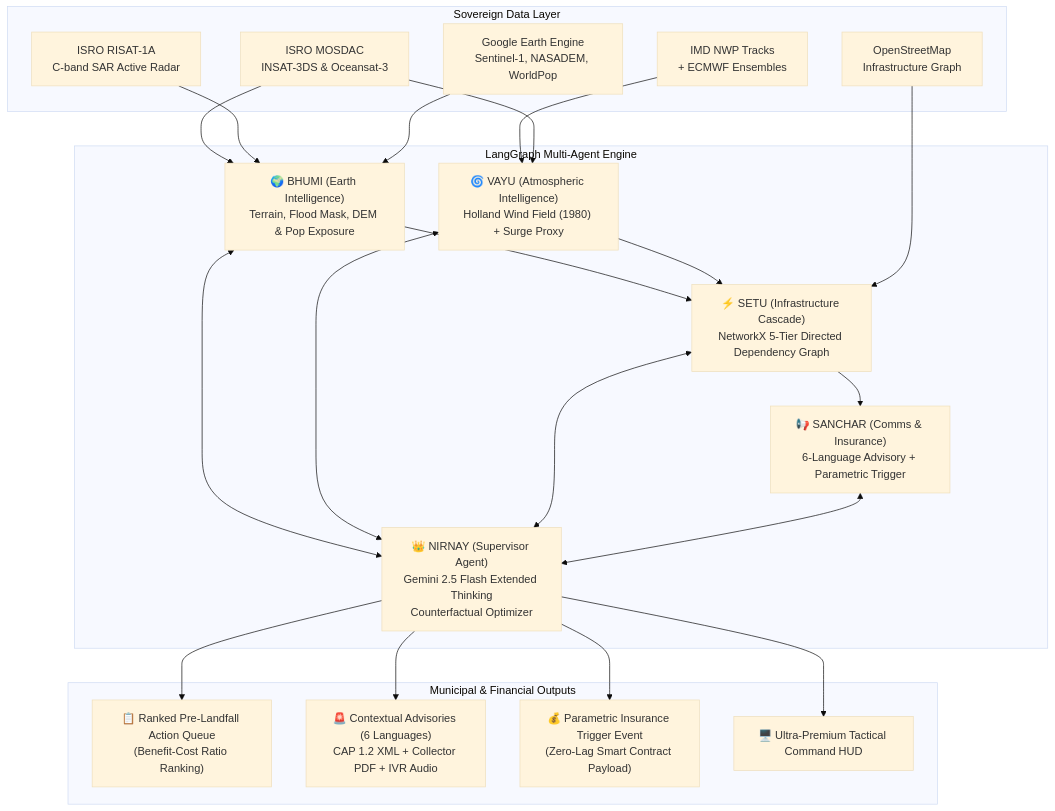
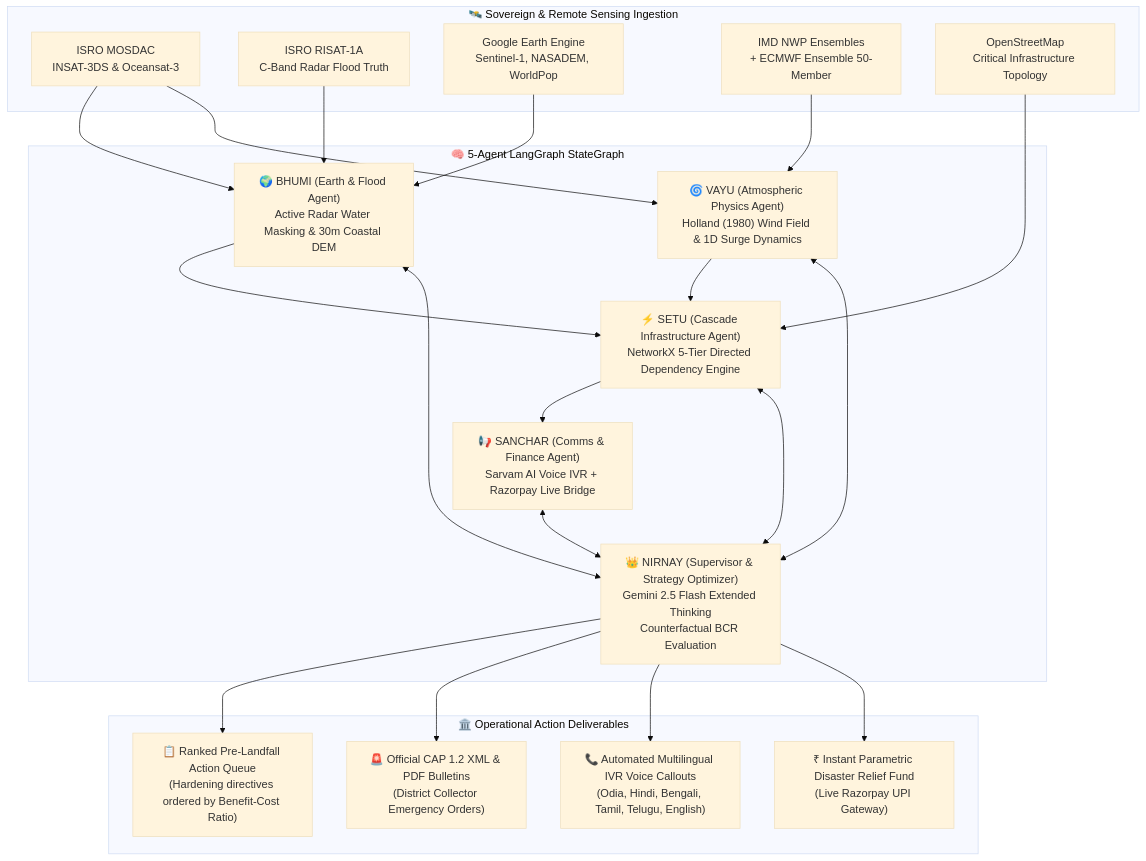
The diagram in README.md (Niss54/VAYU-RAKSHA), drawn with Mermaid (base theme) before and after one commit. The commit also changed other lines of this file and 1 other file, not shown here.

````diff
--- a/README.md
+++ b/README.md
@@ -58,32 +120,32 @@
 ```mermaid
 flowchart TD
-    subgraph Sovereign Data Layer
+    subgraph Sovereign_Data [🛰️ Sovereign & Remote Sensing Ingestion]
         ISRO[ISRO MOSDAC<br/>INSAT-3DS & Oceansat-3]
-        RISAT[ISRO RISAT-1A<br/>C-band SAR Active Radar]
+        SAR[ISRO RISAT-1A<br/>C-Band Radar Flood Truth]
         GEE[Google Earth Engine<br/>Sentinel-1, NASADEM, WorldPop]
-        IMD[IMD NWP Tracks<br/>+ ECMWF Ensembles]
-        OSM[OpenStreetMap<br/>Infrastructure Graph]
+        IMD[IMD NWP Ensembles<br/>+ ECMWF Ensemble 50-Member]
+        OSM[OpenStreetMap<br/>Critical Infrastructure Topology]
     end
 
-    subgraph LangGraph Multi-Agent Engine
-        NIRNAY["👑 NIRNAY (Supervisor Agent)<br/>Gemini 2.5 Flash Extended Thinking<br/>Counterfactual Optimizer"]
-        BHUMI["🌍 BHUMI (Earth Intelligence)<br/>Terrain, Flood Mask, DEM & Pop Exposure"]
-        VAYU["🌀 VAYU (Atmospheric Intelligence)<br/>Holland Wind Field (1980) + Surge Proxy"]
-        SETU["⚡ SETU (Infrastructure Cascade)<br/>NetworkX 5-Tier Directed Dependency Graph"]
-        SANCHAR["📢 SANCHAR (Comms & Insurance)<br/>6-Language Advisory + Parametric Trigger"]
+    subgraph Agent_Brain [🧠 5-Agent LangGraph StateGraph]
+        NIRNAY["👑 NIRNAY (Supervisor & Strategy Optimizer)<br/>Gemini 2.5 Flash Extended Thinking<br/>Counterfactual BCR Evaluation"]
+        BHUMI["🌍 BHUMI (Earth & Flood Agent)<br/>Active Radar Water Masking & 30m Coastal DEM"]
+        VAYU["🌀 VAYU (Atmospheric Physics Agent)<br/>Holland (1980) Wind Field & 1D Surge Dynamics"]
+        SETU["⚡ SETU (Cascade Infrastructure Agent)<br/>NetworkX 5-Tier Directed Dependency Engine"]
+        SANCHAR["📢 SANCHAR (Comms & Finance Agent)<br/>Sarvam AI Voice IVR + Razorpay Live Bridge"]
     end
 
-    subgraph Municipal & Financial Outputs
-        Queue["📋 Ranked Pre-Landfall Action Queue<br/>(Benefit-Cost Ratio Ranking)"]
-        Advisory["🚨 Contextual Advisories (6 Languages)<br/>CAP 1.2 XML + Collector PDF + IVR Audio"]
-        Insurance["💰 Parametric Insurance Trigger Event<br/>(Zero-Lag Smart Contract Payload)"]
-        Dashboard["🖥️ Ultra-Premium Tactical Command HUD"]
+    subgraph Municipal_Outputs [🏛️ Operational Action Deliverables]
+        Queue["📋 Ranked Pre-Landfall Action Queue<br/>(Hardening directives ordered by Benefit-Cost Ratio)"]
+        CAP["🚨 Official CAP 1.2 XML & PDF Bulletins<br/>(District Collector Emergency Orders)"]
+        IVR["📞 Automated Multilingual IVR Voice Callouts<br/>(Odia, Hindi, Bengali, Tamil, Telugu, English)"]
+        Fund["₹ Instant Parametric Disaster Relief Fund<br/>(Live Razorpay UPI Gateway)"]
     end
 
-    ISRO & RISAT & GEE --> BHUMI
+    ISRO & SAR & GEE --> BHUMI
     IMD & ISRO --> VAYU
-    BHUMI & VAYU & OSM --> SETU
+    OSM & BHUMI & VAYU --> SETU
     SETU --> SANCHAR
     BHUMI & VAYU & SETU & SANCHAR <--> NIRNAY
-    NIRNAY --> Queue & Advisory & Insurance & Dashboard
+    NIRNAY --> Queue & CAP & IVR & Fund
 ```
````
